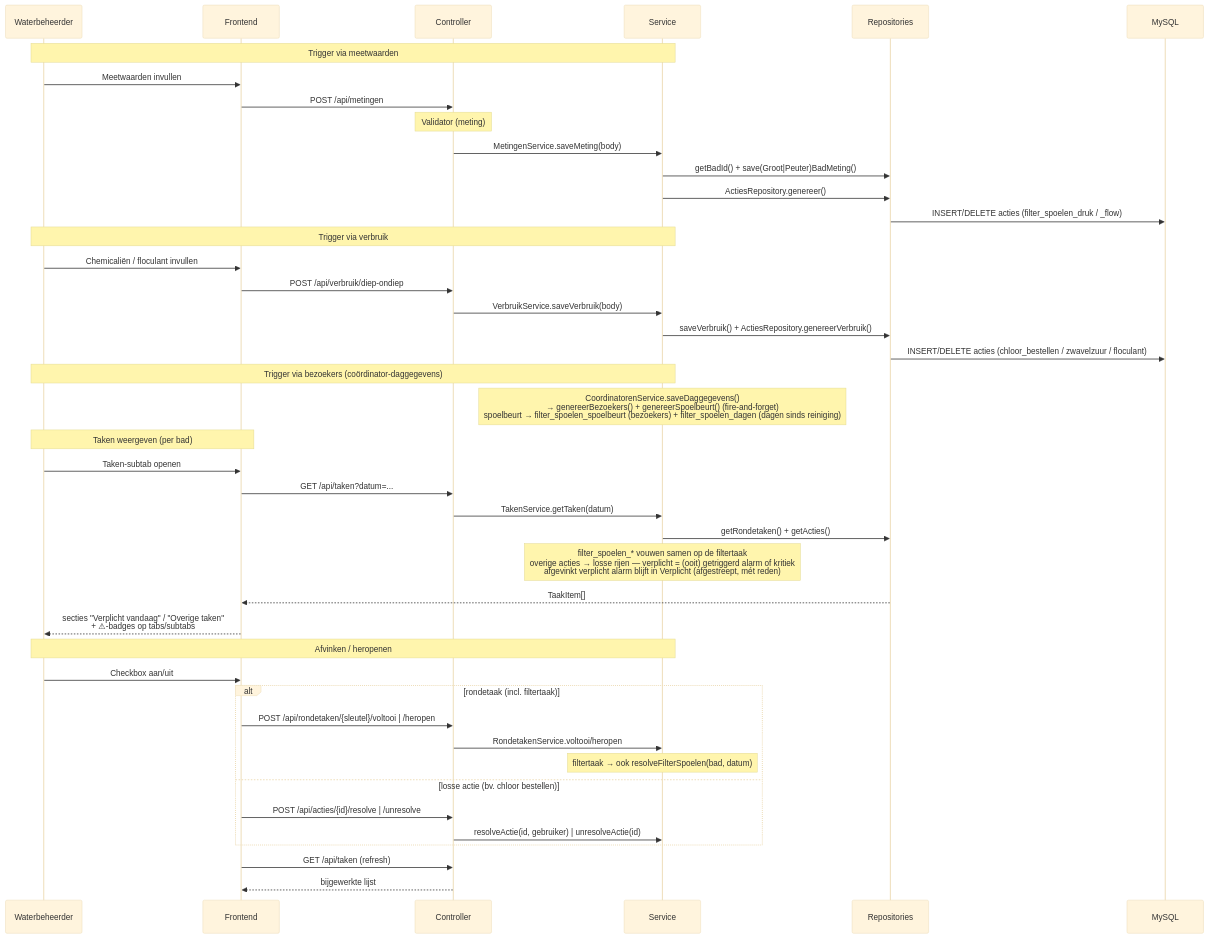
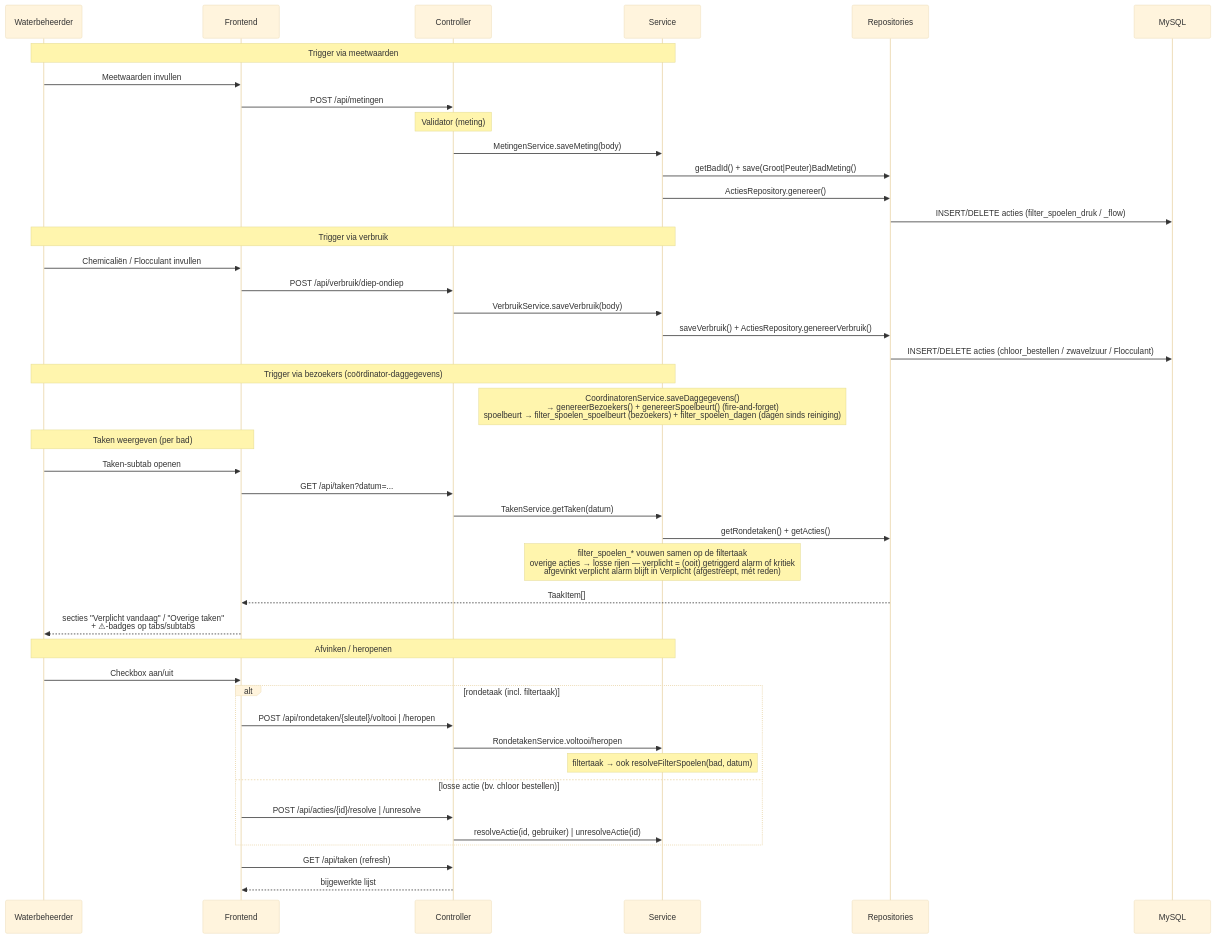
One commit to pjgheijmans/NewSiteWaterbeheerDeBercken changed the second of 3 diagrams in docs/architecture/flows.md. Above: the diagram before and after it, drawn with Mermaid (base theme). The commit also changed 31 other files, not shown here.

First line of the commit message:
feat(dev): opt-in functietracing + hernoem floculant naar Flocculant

````diff
--- a/docs/architecture/flows.md
+++ b/docs/architecture/flows.md
@@ -73,50 +73,50 @@
 ```mermaid
 sequenceDiagram
     participant WB as Waterbeheerder
     participant FE as Frontend
     participant Ctrl as Controller
     participant Svc as Service
     participant Repo as Repositories
     participant DB as MySQL
 
     Note over WB,Svc: Trigger via meetwaarden
     WB->>FE: Meetwaarden invullen
     FE->>Ctrl: POST /api/metingen
     Note over Ctrl: Validator (meting)
     Ctrl->>Svc: MetingenService.saveMeting(body)
     Svc->>Repo: getBadId() + save(Groot|Peuter)BadMeting()
     Svc->>Repo: ActiesRepository.genereer()
     Repo->>DB: INSERT/DELETE acties (filter_spoelen_druk / _flow)
 
     Note over WB,Svc: Trigger via verbruik
-    WB->>FE: Chemicaliën / floculant invullen
+    WB->>FE: Chemicaliën / Flocculant invullen
     FE->>Ctrl: POST /api/verbruik/diep-ondiep
     Ctrl->>Svc: VerbruikService.saveVerbruik(body)
     Svc->>Repo: saveVerbruik() + ActiesRepository.genereerVerbruik()
-    Repo->>DB: INSERT/DELETE acties (chloor_bestellen / zwavelzuur / floculant)
+    Repo->>DB: INSERT/DELETE acties (chloor_bestellen / zwavelzuur / Flocculant)
 
     Note over WB,Svc: Trigger via bezoekers (coördinator-daggegevens)
     Note over Svc: CoordinatorenService.saveDaggegevens()<br/>→ genereerBezoekers() + genereerSpoelbeurt() (fire-and-forget)<br/>spoelbeurt → filter_spoelen_spoelbeurt (bezoekers) + filter_spoelen_dagen (dagen sinds reiniging)
 
     Note over WB,FE: Taken weergeven (per bad)
     WB->>FE: Taken-subtab openen
     FE->>Ctrl: GET /api/taken?datum=...
     Ctrl->>Svc: TakenService.getTaken(datum)
     Svc->>Repo: getRondetaken() + getActies()
     Note over Svc: filter_spoelen_* vouwen samen op de filtertaak<br/>overige acties → losse rijen — verplicht = (ooit) getriggerd alarm of kritiek<br/>afgevinkt verplicht alarm blijft in Verplicht (afgestreept, mét reden)
     Repo-->>FE: TaakItem[]
     FE-->>WB: secties "Verplicht vandaag" / "Overige taken"<br/>+ ⚠-badges op tabs/subtabs
 
     Note over WB,Svc: Afvinken / heropenen
     WB->>FE: Checkbox aan/uit
     alt rondetaak (incl. filtertaak)
         FE->>Ctrl: POST /api/rondetaken/{sleutel}/voltooi | /heropen
         Ctrl->>Svc: RondetakenService.voltooi/heropen
         Note over Svc: filtertaak → ook resolveFilterSpoelen(bad, datum)
     else losse actie (bv. chloor bestellen)
         FE->>Ctrl: POST /api/acties/{id}/resolve | /unresolve
         Ctrl->>Svc: resolveActie(id, gebruiker) | unresolveActie(id)
     end
     FE->>Ctrl: GET /api/taken (refresh)
     Ctrl-->>FE: bijgewerkte lijst
 ```
````
